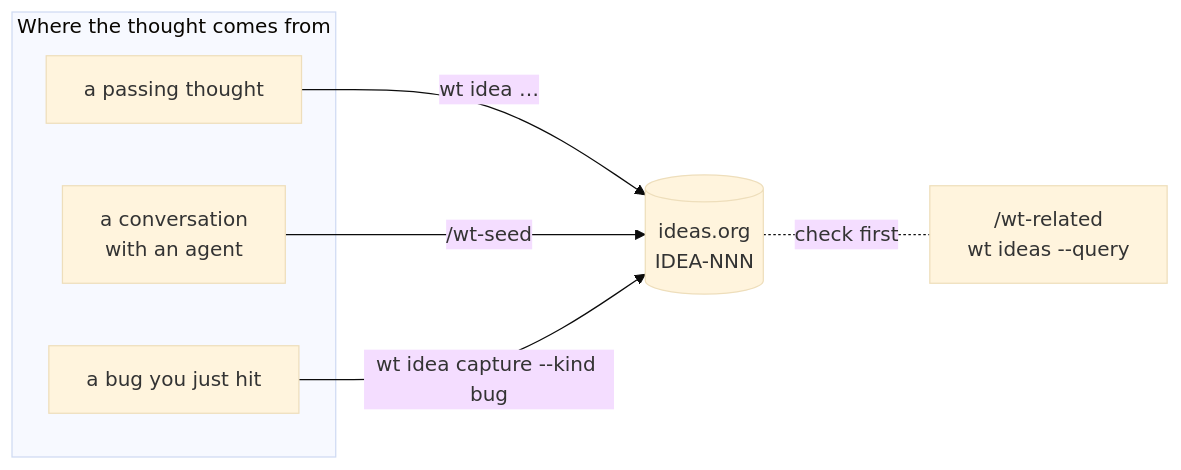
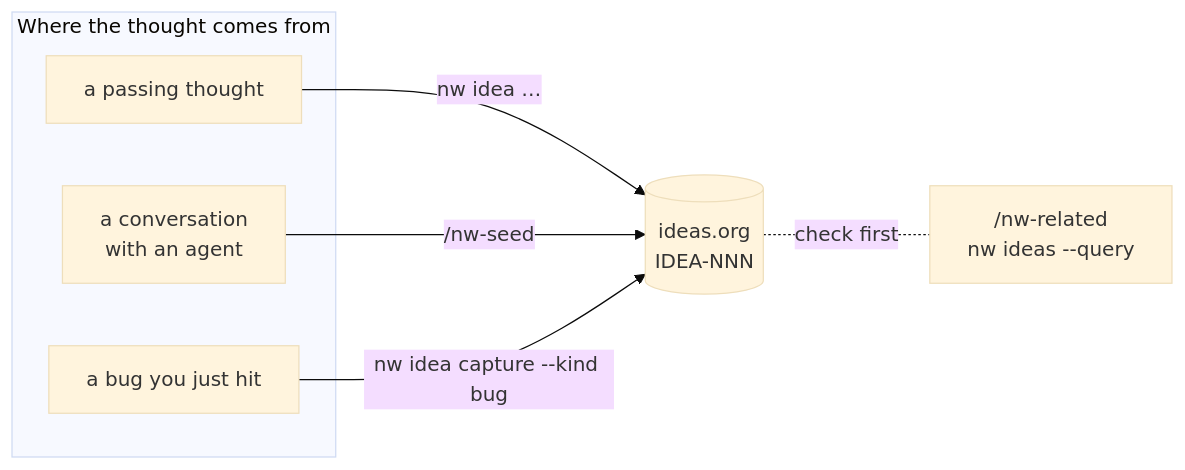
The diagram in docs/product/ideas/capture.md (brunosmmm/nightwright), drawn with Mermaid (base theme) before and after one commit. The commit also changed other lines of this file and 495 other files, not shown here.

````diff
--- a/docs/product/ideas/capture.md
+++ b/docs/product/ideas/capture.md
@@ -6,12 +6,12 @@
 ```mermaid
 flowchart LR
     subgraph where["Where the thought comes from"]
         A["a passing thought"]
         B["a conversation<br/>with an agent"]
         C["a bug you just hit"]
     end
-    A -- "wt idea …" --> I[("ideas.org<br/>IDEA-NNN")]
-    B -- "/wt-seed" --> I
-    C -- "wt idea capture --kind bug" --> I
-    I -. "check first" .- R["/wt-related<br/>wt ideas --query"]
+    A -- "nw idea …" --> I[("ideas.org<br/>IDEA-NNN")]
+    B -- "/nw-seed" --> I
+    C -- "nw idea capture --kind bug" --> I
+    I -. "check first" .- R["/nw-related<br/>nw ideas --query"]
 ```
````
